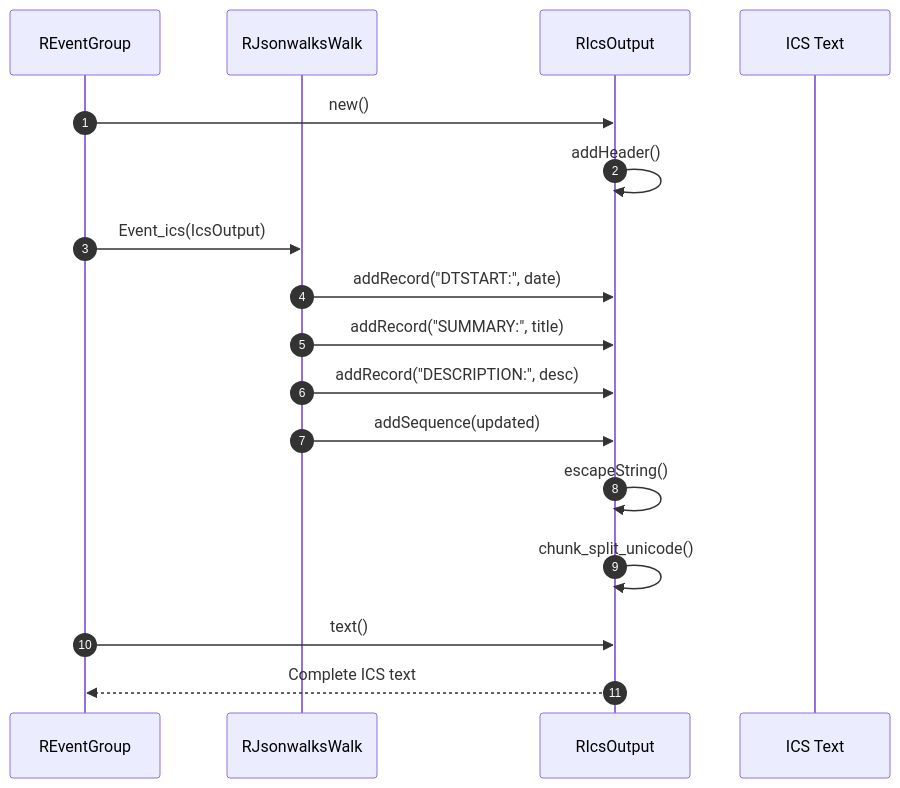
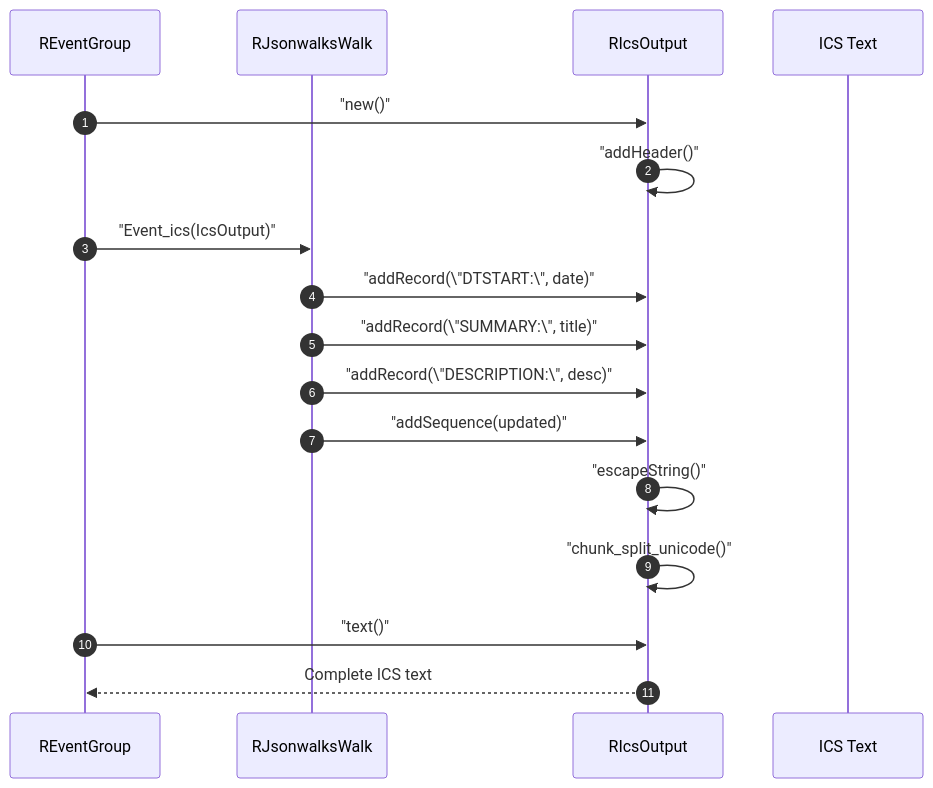
Before and after one commit to pauljrhodes/ramblers-library: the second of 2 diagrams in ics/HLD.md, drawn with Mermaid. The commit also changed other lines of this file and 33 other files, not shown here.

Commit message:
Normalize Mermaid diagrams for GitHub rendering

````diff
--- a/ics/HLD.md
+++ b/ics/HLD.md
@@ -121,20 +121,20 @@
 ```mermaid
 sequenceDiagram
     autonumber
     participant EventGroup as REventGroup
     participant Walk as RJsonwalksWalk
     participant IcsOutput as RIcsOutput
     participant IcsText as ICS Text
 
-    EventGroup->>IcsOutput: new()
-    IcsOutput->>IcsOutput: addHeader()
-    EventGroup->>Walk: Event_ics(IcsOutput)
-    Walk->>IcsOutput: addRecord("DTSTART:", date)
-    Walk->>IcsOutput: addRecord("SUMMARY:", title)
-    Walk->>IcsOutput: addRecord("DESCRIPTION:", desc)
-    Walk->>IcsOutput: addSequence(updated)
-    IcsOutput->>IcsOutput: escapeString()
-    IcsOutput->>IcsOutput: chunk_split_unicode()
-    EventGroup->>IcsOutput: text()
+    EventGroup->>IcsOutput: "new()"
+    IcsOutput->>IcsOutput: "addHeader()"
+    EventGroup->>Walk: "Event_ics(IcsOutput)"
+    Walk->>IcsOutput: "addRecord(\"DTSTART:\", date)"
+    Walk->>IcsOutput: "addRecord(\"SUMMARY:\", title)"
+    Walk->>IcsOutput: "addRecord(\"DESCRIPTION:\", desc)"
+    Walk->>IcsOutput: "addSequence(updated)"
+    IcsOutput->>IcsOutput: "escapeString()"
+    IcsOutput->>IcsOutput: "chunk_split_unicode()"
+    EventGroup->>IcsOutput: "text()"
     IcsOutput-->>EventGroup: Complete ICS text
 ```
````
